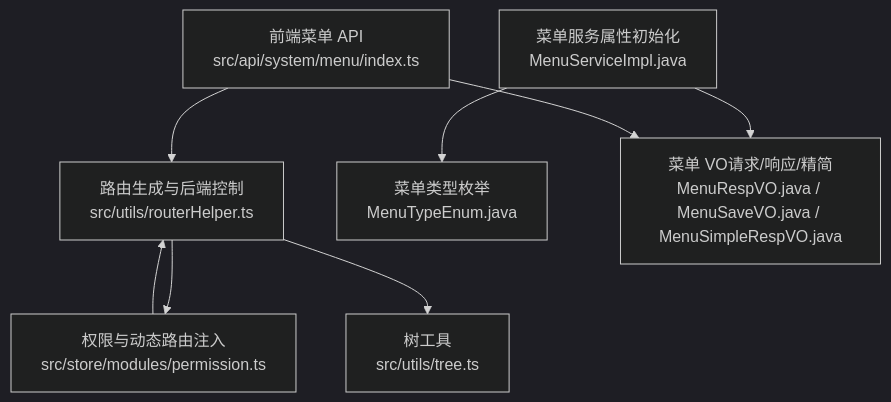
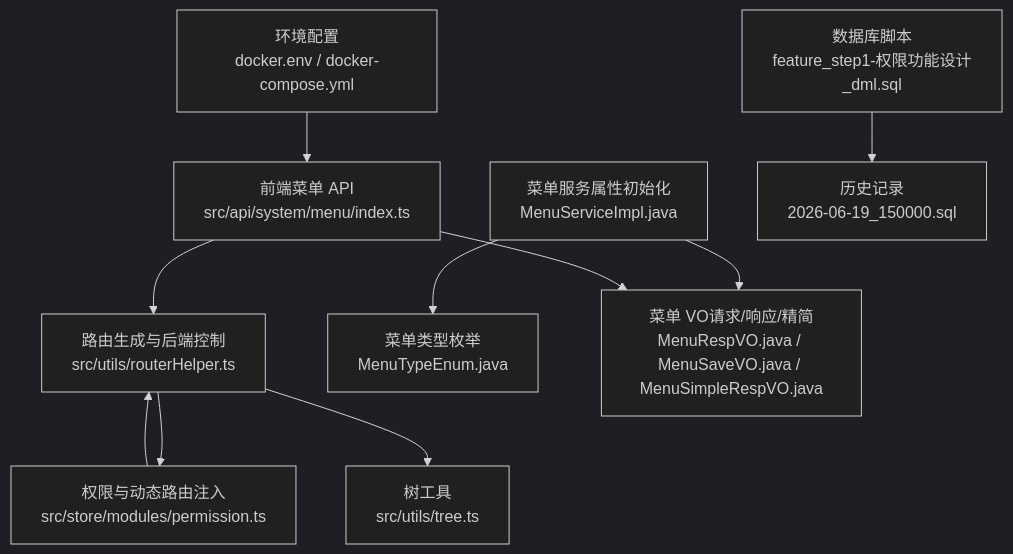
Before and after one commit to xiaoche80s-tech/rouyi-vue-pro: the first of 7 diagrams in .qoder/repowiki/zh/content/核心模块/系统管理模块/菜单管理.md, drawn with Mermaid (dark theme). The commit also changed other lines of this file and 536 other files, not shown here.

````diff
--- a/.qoder/repowiki/zh/content/核心模块/系统管理模块/菜单管理.md
+++ b/.qoder/repowiki/zh/content/核心模块/系统管理模块/菜单管理.md
@@ -53,17 +71,22 @@
 ```mermaid
 graph TB
 FE_API["前端菜单 API<br/>src/api/system/menu/index.ts"]
 FE_ROUTER_HELPER["路由生成与后端控制<br/>src/utils/routerHelper.ts"]
 FE_PERMISSION_STORE["权限与动态路由注入<br/>src/store/modules/permission.ts"]
 FE_TREE["树工具<br/>src/utils/tree.ts"]
 BE_ENUM["菜单类型枚举<br/>MenuTypeEnum.java"]
 BE_SERVICE["菜单服务属性初始化<br/>MenuServiceImpl.java"]
 BE_VO["菜单 VO请求/响应/精简<br/>MenuRespVO.java / MenuSaveVO.java / MenuSimpleRespVO.java"]
+DB_SCRIPT["数据库脚本<br/>feature_step1-权限功能设计_dml.sql"]
+DB_HISTORY["历史记录<br/>2026-06-19_150000.sql"]
+ENV_CONFIG["环境配置<br/>docker.env / docker-compose.yml"]
 FE_API --> FE_ROUTER_HELPER
 FE_ROUTER_HELPER --> FE_PERMISSION_STORE
 FE_PERMISSION_STORE --> FE_ROUTER_HELPER
 FE_ROUTER_HELPER --> FE_TREE
 BE_SERVICE --> BE_ENUM
 BE_SERVICE --> BE_VO
 FE_API --> BE_VO
+DB_SCRIPT --> DB_HISTORY
+ENV_CONFIG --> FE_API
 ```
````
